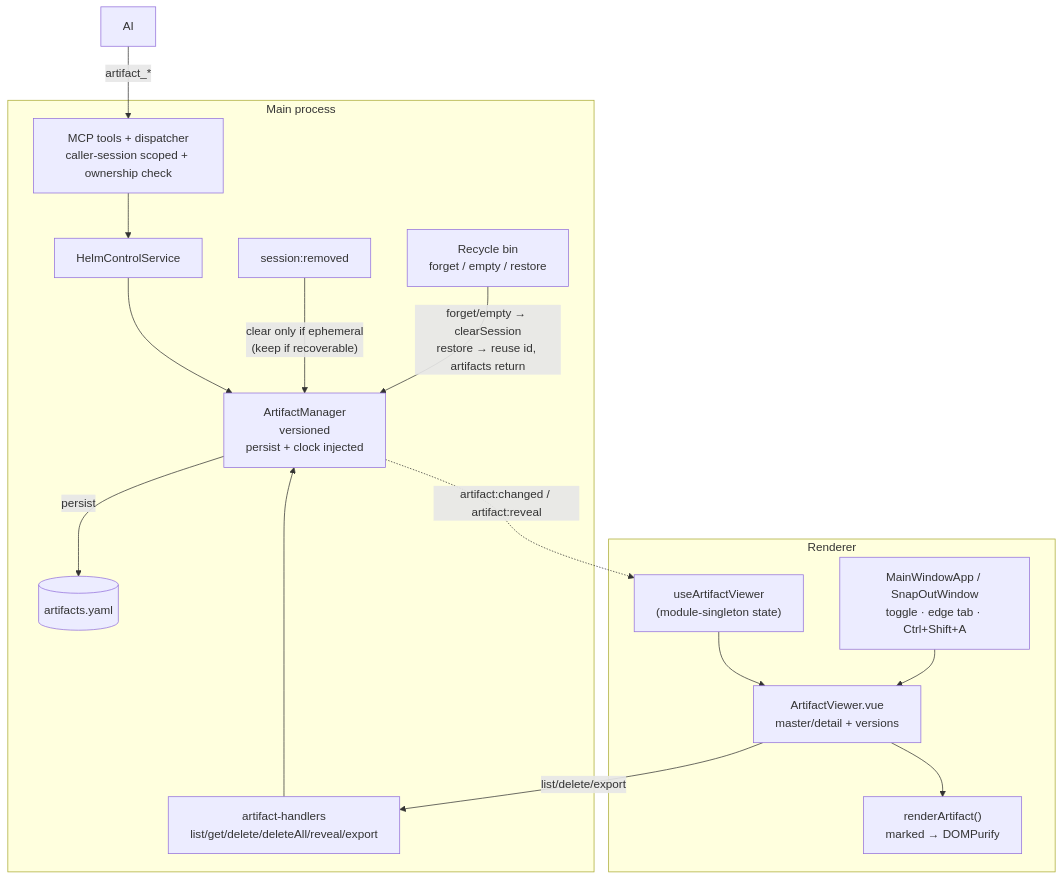
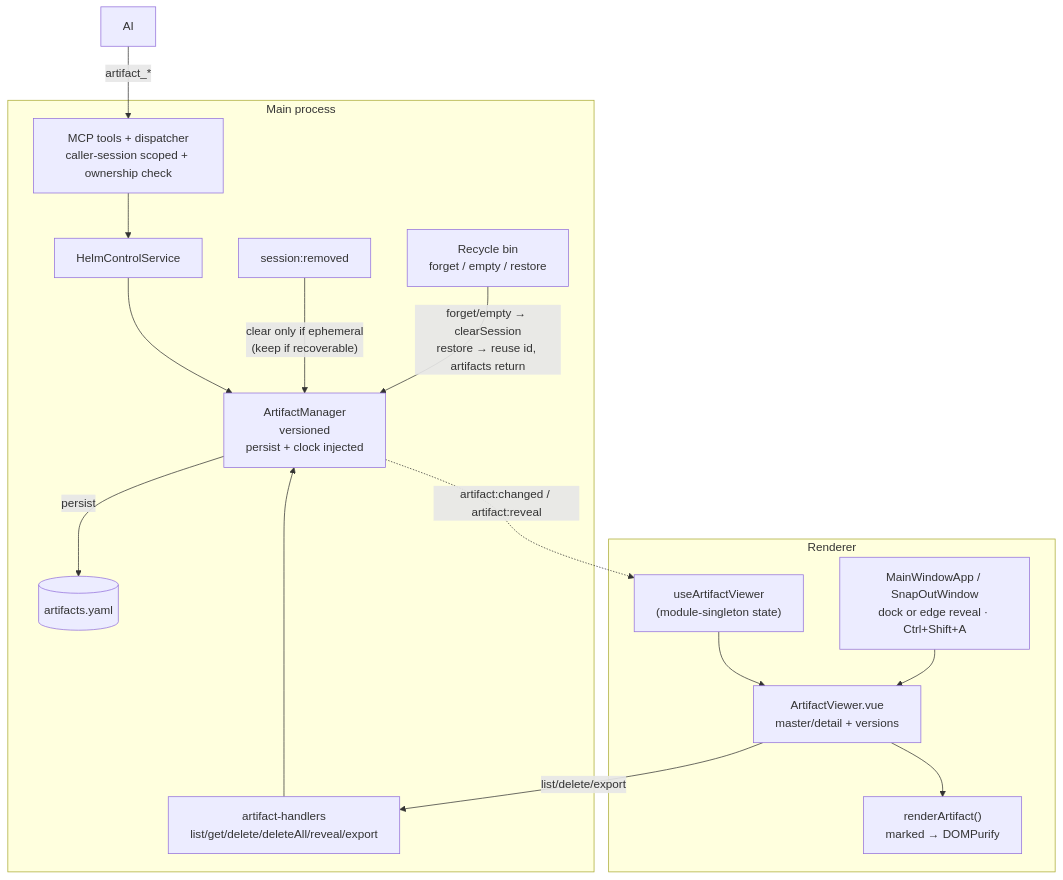
Before and after one commit to PetePeter/gamepad-cli-hub: the third of 3 diagrams in docs/artifact-viewer.md, drawn with Mermaid. The commit also changed other lines of this file and 26 other files, not shown here.

````diff
--- a/docs/artifact-viewer.md
+++ b/docs/artifact-viewer.md
@@ -318,27 +320,27 @@
 ```mermaid
 graph TB
     subgraph "Main process"
         AM["ArtifactManager<br/>versioned<br/>persist + clock injected"]
         IPC["artifact-handlers<br/>list/get/delete/deleteAll/reveal/export"]
         MCP["MCP tools + dispatcher<br/>caller-session scoped + ownership check"]
         SVC["HelmControlService"]
         YAML[("artifacts.yaml")]
         SR["session:removed"]
         BIN["Recycle bin<br/>forget / empty / restore"]
     end
     subgraph "Renderer"
         COMP["useArtifactViewer<br/>(module-singleton state)"]
         VIEW["ArtifactViewer.vue<br/>master/detail + versions"]
         RENDER["renderArtifact()<br/>marked → DOMPurify"]
-        MAIN["MainWindowApp / SnapOutWindow<br/>toggle · edge tab · Ctrl+Shift+A"]
+        MAIN["MainWindowApp / SnapOutWindow<br/>dock or edge reveal · Ctrl+Shift+A"]
     end
 
     AI["AI"] -->|artifact_*| MCP --> SVC --> AM
     AM -->|persist| YAML
     AM -. "artifact:changed / artifact:reveal" .-> COMP
     COMP --> VIEW --> RENDER
     MAIN --> VIEW
     VIEW -->|list/delete/export| IPC --> AM
     SR -->|"clear only if ephemeral<br/>(keep if recoverable)"| AM
     BIN -->|"forget/empty → clearSession<br/>restore → reuse id, artifacts return"| AM
 ```
````
